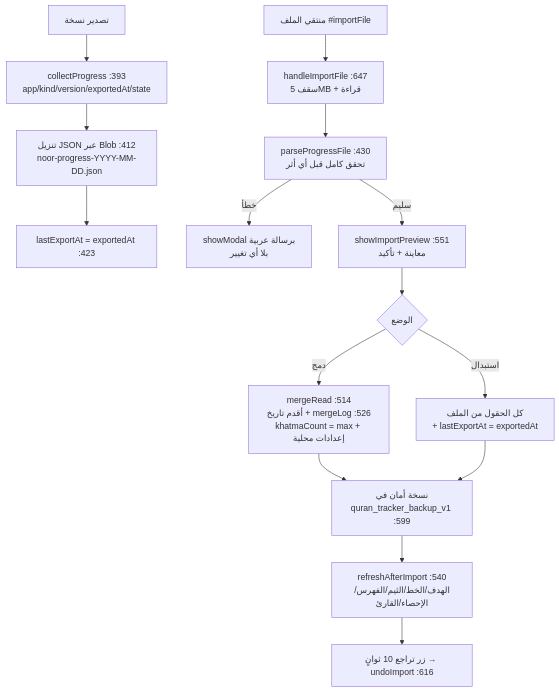
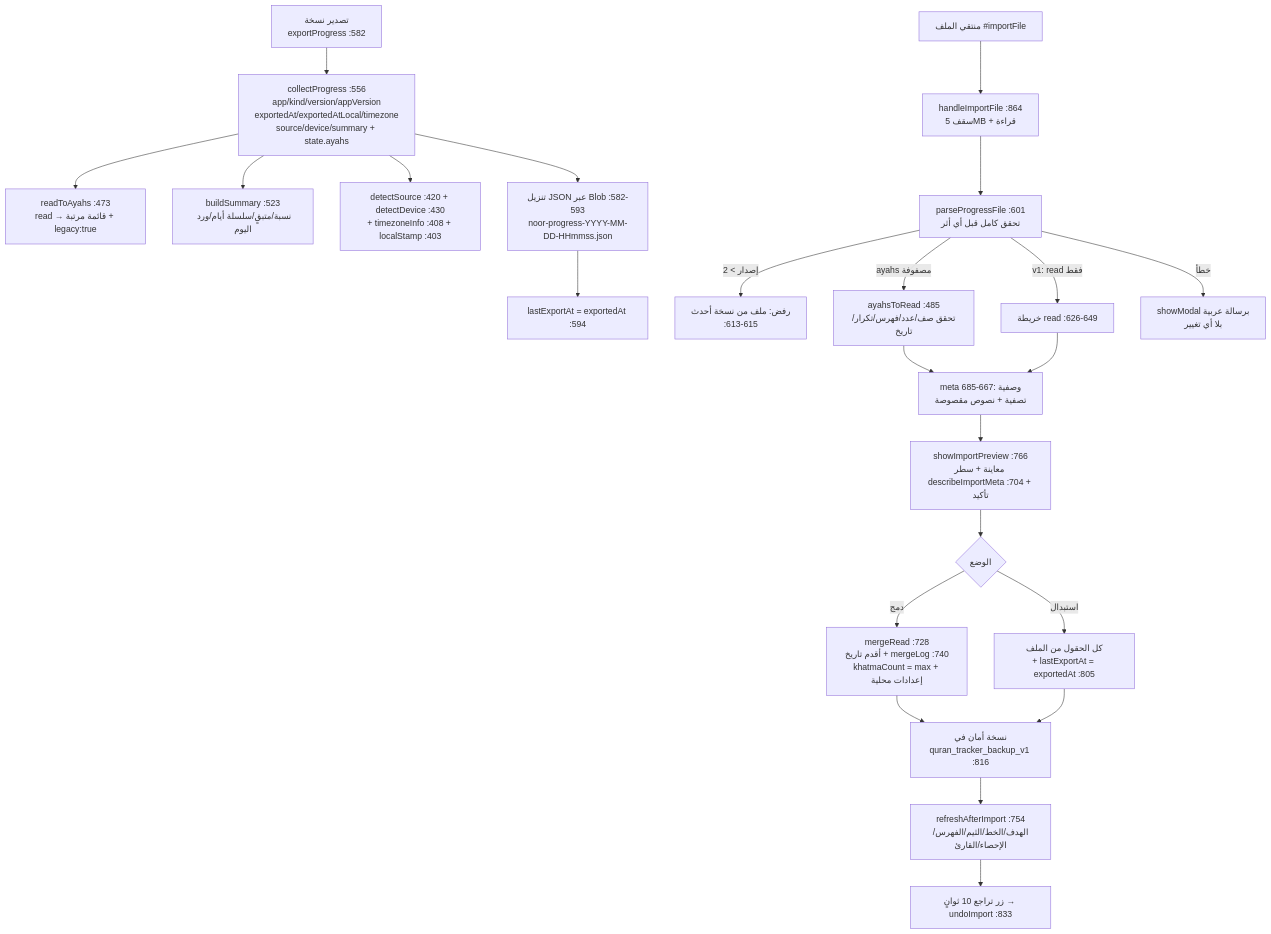
The sixth of 6 diagrams in docs/CODE-MAP.md (jabar-reda/quran-app), drawn with Mermaid before and after one commit. The commit also changed other lines of this file and 13 other files, not shown here.

````diff
--- a/docs/CODE-MAP.md
+++ b/docs/CODE-MAP.md
@@ -141,18 +150,26 @@
 ```mermaid
 flowchart TD
-    E["تصدير نسخة"] --> CP["collectProgress :393<br/>app/kind/version/exportedAt/state"]
-    CP --> DL["تنزيل JSON عبر Blob :412<br/>noor-progress-YYYY-MM-DD.json"]
-    DL --> LE["lastExportAt = exportedAt :423"]
+    E["تصدير نسخة<br/>exportProgress :582"] --> CP["collectProgress :556<br/>app/kind/version/appVersion<br/>exportedAt/exportedAtLocal/timezone<br/>source/device/summary + state.ayahs"]
+    CP --> RD["readToAyahs :473<br/>read → قائمة مرتبة + legacy:true"]
+    CP --> SU["buildSummary :523<br/>نسبة/متبقٍ/سلسلة أيام/ورد اليوم"]
+    CP --> SV["detectSource :420 + detectDevice :430<br/>+ timezoneInfo :408 + localStamp :403"]
+    CP --> DL["تنزيل JSON عبر Blob :582-593<br/>noor-progress-YYYY-MM-DD-HHmmss.json"]
+    DL --> LE["lastExportAt = exportedAt :594"]
 
-    F["منتقي الملف #importFile"] --> H["handleImportFile :647<br/>سقف 5MB + قراءة"]
-    H --> P["parseProgressFile :430<br/>تحقق كامل قبل أي أثر"]
+    F["منتقي الملف #importFile"] --> H["handleImportFile :864<br/>سقف 5MB + قراءة"]
+    H --> P["parseProgressFile :601<br/>تحقق كامل قبل أي أثر"]
+    P -- "إصدار > 2" --> V3["رفض: ملف من نسخة أحدث<br/>:613-615"]
+    P -- "ayahs مصفوفة" --> AY["ayahsToRead :485<br/>تحقق صف/عدد/فهرس/تكرار/تاريخ"]
+    P -- "v1: read فقط" --> RD1["خريطة read :626-649"]
+    AY --> META["meta وصفية :667-685<br/>تصفية + نصوص مقصوصة"]
+    RD1 --> META
     P -- "خطأ" --> ERR["showModal برسالة عربية<br/>بلا أي تغيير"]
-    P -- "سليم" --> PV["showImportPreview :551<br/>معاينة + تأكيد"]
+    META --> PV["showImportPreview :766<br/>معاينة + سطر describeImportMeta :704 + تأكيد"]
     PV --> I{"الوضع"}
-    I -- دمج --> MR["mergeRead :514<br/>أقدم تاريخ + mergeLog :526<br/>khatmaCount = max + إعدادات محلية"]
-    I -- استبدال --> RP["كل الحقول من الملف<br/>+ lastExportAt = exportedAt"]
-    MR --> BK["نسخة أمان في<br/>quran_tracker_backup_v1 :599"]
+    I -- دمج --> MR["mergeRead :728<br/>أقدم تاريخ + mergeLog :740<br/>khatmaCount = max + إعدادات محلية"]
+    I -- استبدال --> RP["كل الحقول من الملف<br/>+ lastExportAt = exportedAt :805"]
+    MR --> BK["نسخة أمان في<br/>quran_tracker_backup_v1 :816"]
     RP --> BK
-    BK --> RF["refreshAfterImport :540<br/>الهدف/الخط/الثيم/الفهرس/الإحصاء/القارئ"]
-    RF --> UN["زر تراجع 10 ثوانٍ → undoImport :616"]
+    BK --> RF["refreshAfterImport :754<br/>الهدف/الخط/الثيم/الفهرس/الإحصاء/القارئ"]
+    RF --> UN["زر تراجع 10 ثوانٍ → undoImport :833"]
 ```
````
